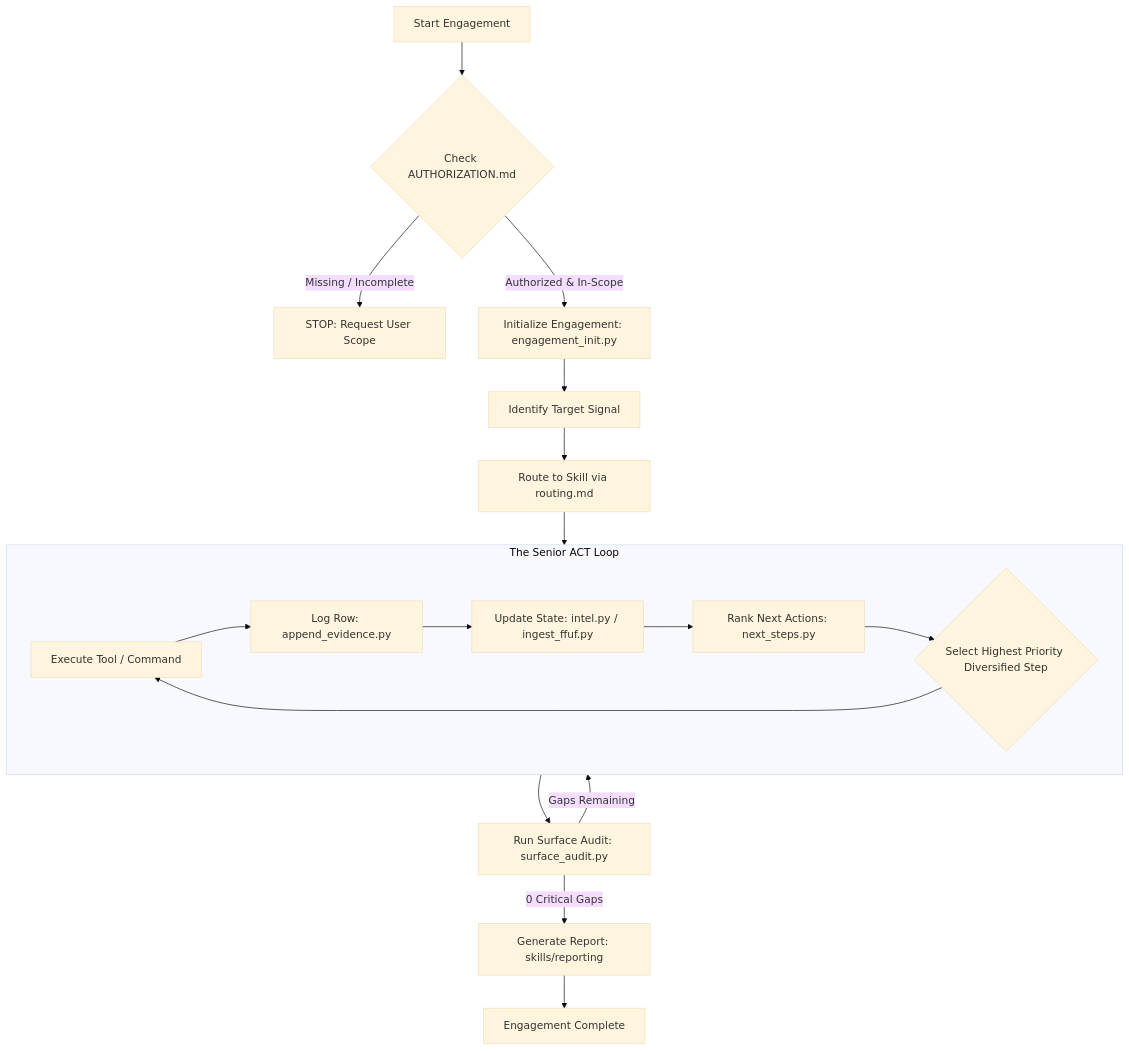
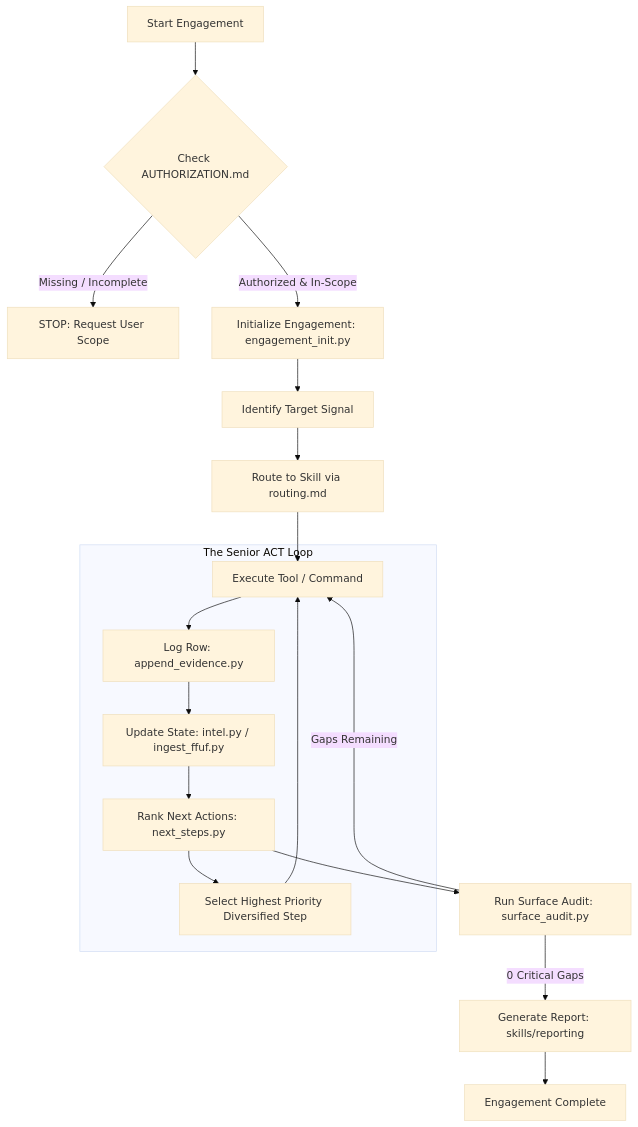
Before and after one commit to shubhadeepsec/kali-agent: the diagram in README.md, drawn with Mermaid (base theme). The commit also changed other lines of this file, not shown here.

````diff
--- a/README.md
+++ b/README.md
@@ -64,24 +64,24 @@
 ```mermaid
 flowchart TD
     A[Start Engagement] --> B{Check AUTHORIZATION.md}
     B -- Missing / Incomplete --> C[STOP: Request User Scope]
     B -- Authorized & In-Scope --> D[Initialize Engagement: engagement_init.py]
     
     D --> E[Identify Target Signal]
     E --> F[Route to Skill via routing.md]
     
     subgraph Senior_ACT_Loop [The Senior ACT Loop]
         G[Execute Tool / Command] --> H[Log Row: append_evidence.py]
         H --> I[Update State: intel.py / ingest_ffuf.py]
         I --> J[Rank Next Actions: next_steps.py]
-        J --> K{Select Highest Priority Diversified Step}
+        J --> K[Select Highest Priority Diversified Step]
         K --> G
     end
     
-    F --> Senior_ACT_Loop
-    Senior_ACT_Loop --> L[Run Surface Audit: surface_audit.py]
+    F --> G
+    J --> L[Run Surface Audit: surface_audit.py]
     
-    L -- Gaps Remaining --> Senior_ACT_Loop
+    L -- Gaps Remaining --> G
     L -- 0 Critical Gaps --> M[Generate Report: skills/reporting]
     M --> N[Engagement Complete]
 ```
````
